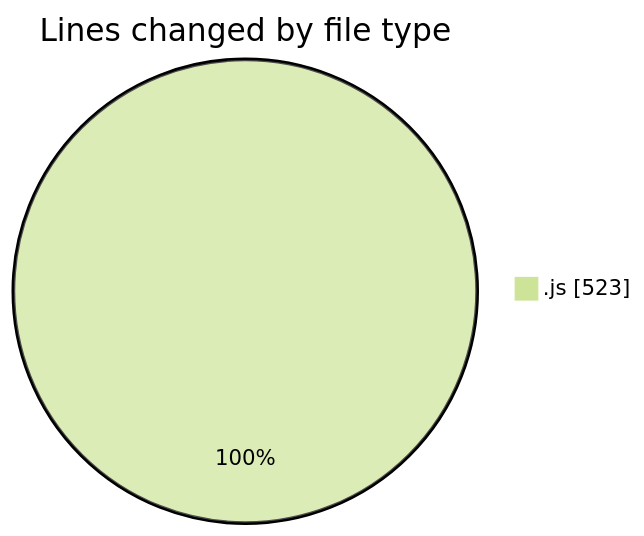
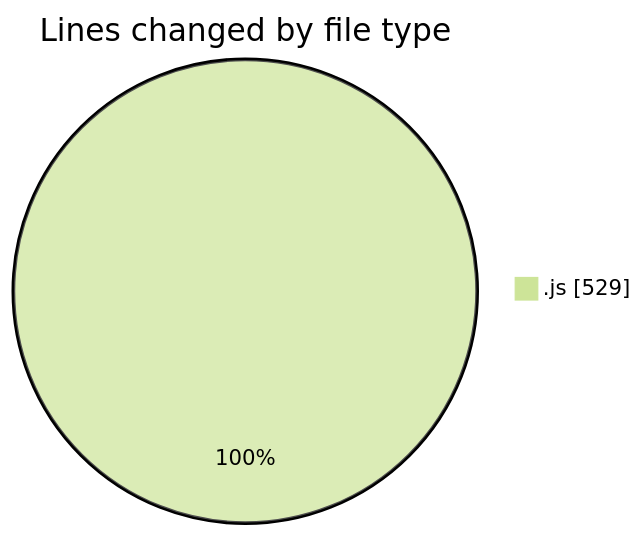
One commit to nxtqubesakshisongat/code-tracking changed the first of 2 diagrams in 2025-04-08/nxtqube_webapp/README.md. Above: the diagram before and after it, drawn with Mermaid (forest theme). The commit also changed other lines of this file and 1 other file, not shown here.

````diff
--- a/2025-04-08/nxtqube_webapp/README.md
+++ b/2025-04-08/nxtqube_webapp/README.md
@@ -22,5 +22,5 @@
 ```mermaid
 pie showData
 title Lines changed by file type
-".js" : 523
+".js" : 529
 ```
````
